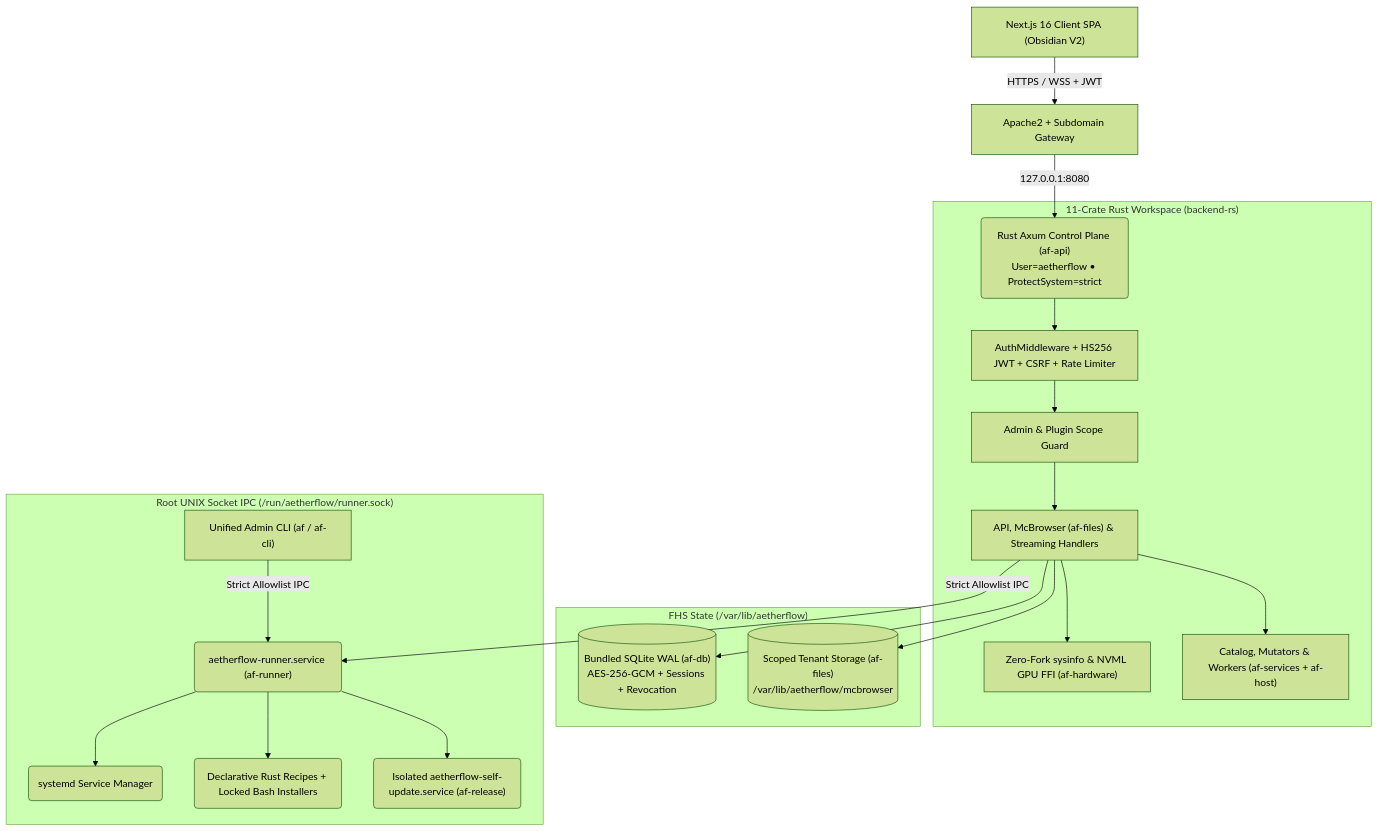
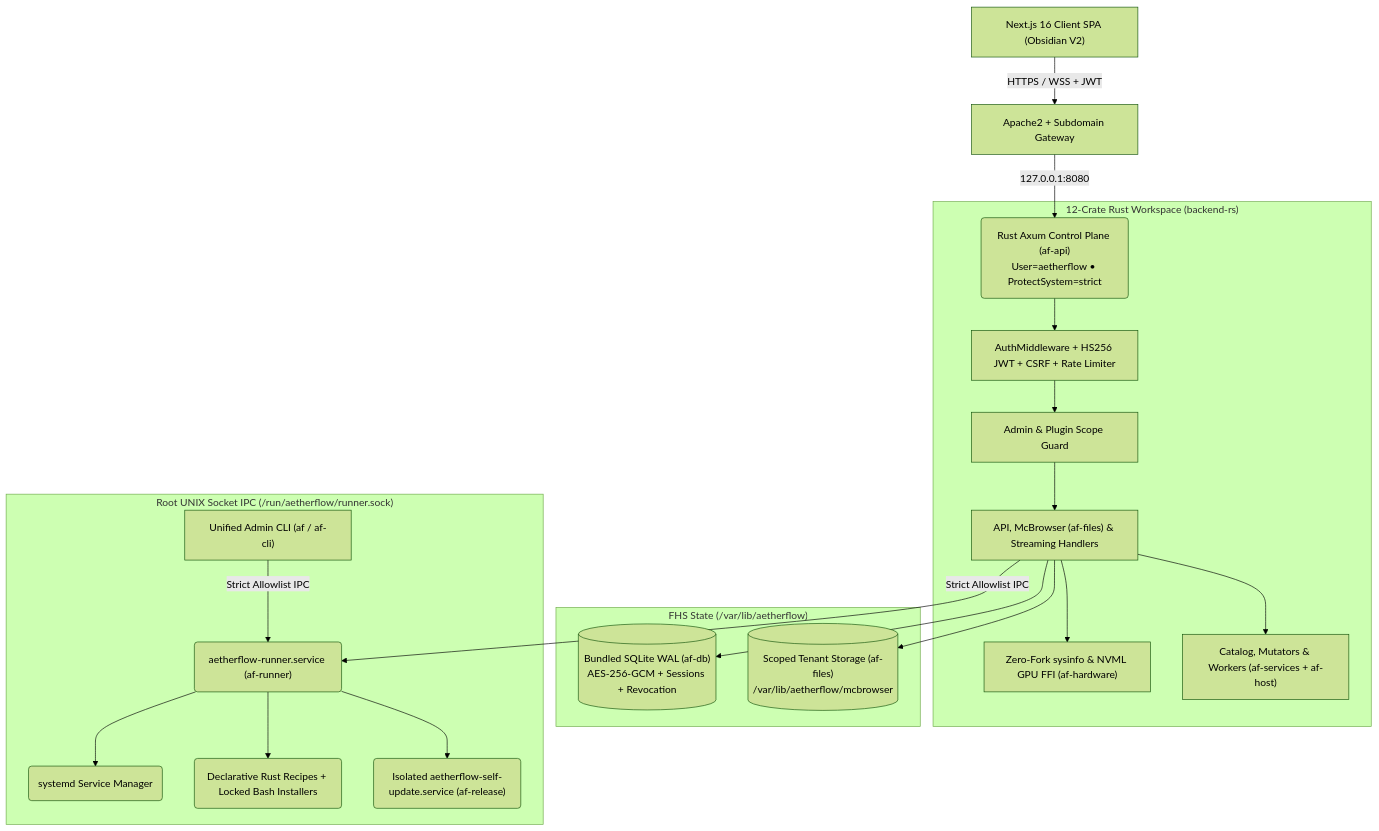
One commit to McEveritts/AetherFlow changed the diagram in docs/CODEBASE_BRAIN.md. Above: the diagram before and after it, drawn with Mermaid (forest theme). The commit also changed 32 other files, not shown here.

````diff
--- a/docs/CODEBASE_BRAIN.md
+++ b/docs/CODEBASE_BRAIN.md
@@ -17,26 +17,26 @@
 ```mermaid
 graph TD
     Client["Next.js 16 Client SPA (Obsidian V2)"] -->|HTTPS / WSS + JWT| Proxy["Apache2 + Subdomain Gateway"]
     Proxy -->|127.0.0.1:8080| AxumRouter("Rust Axum Control Plane (af-api)<br/>User=aetherflow • ProtectSystem=strict")
 
-    subgraph Control_Plane["11-Crate Rust Workspace (backend-rs)"]
+    subgraph Control_Plane["12-Crate Rust Workspace (backend-rs)"]
         AxumRouter --> AuthMiddleware["AuthMiddleware + HS256 JWT + CSRF + Rate Limiter"]
         AuthMiddleware --> RBAC["Admin & Plugin Scope Guard"]
         RBAC --> Handlers["API, McBrowser (af-files) & Streaming Handlers"]
         Handlers --> HW["Zero-Fork sysinfo & NVML GPU FFI (af-hardware)"]
         Handlers --> Services["Catalog, Mutators & Workers (af-services + af-host)"]
     end
 
     subgraph State_Storage["FHS State (/var/lib/aetherflow)"]
         Handlers --> SQLite[("Bundled SQLite WAL (af-db)<br/>AES-256-GCM + Sessions + Revocation")]
         Handlers --> McBrowserStorage[("Scoped Tenant Storage (af-files)<br/>/var/lib/aetherflow/mcbrowser")]
     end
 
     subgraph Privileged_Boundary["Root UNIX Socket IPC (/run/aetherflow/runner.sock)"]
         Handlers -->|Strict Allowlist IPC| Runner("aetherflow-runner.service (af-runner)")
         CLI["Unified Admin CLI (af / af-cli)"] -->|Strict Allowlist IPC| Runner
         Runner --> Systemd("systemd Service Manager")
         Runner --> PkgExec("Declarative Rust Recipes + Locked Bash Installers")
         Runner --> SelfUpdate("Isolated aetherflow-self-update.service (af-release)")
     end
 ```
````
